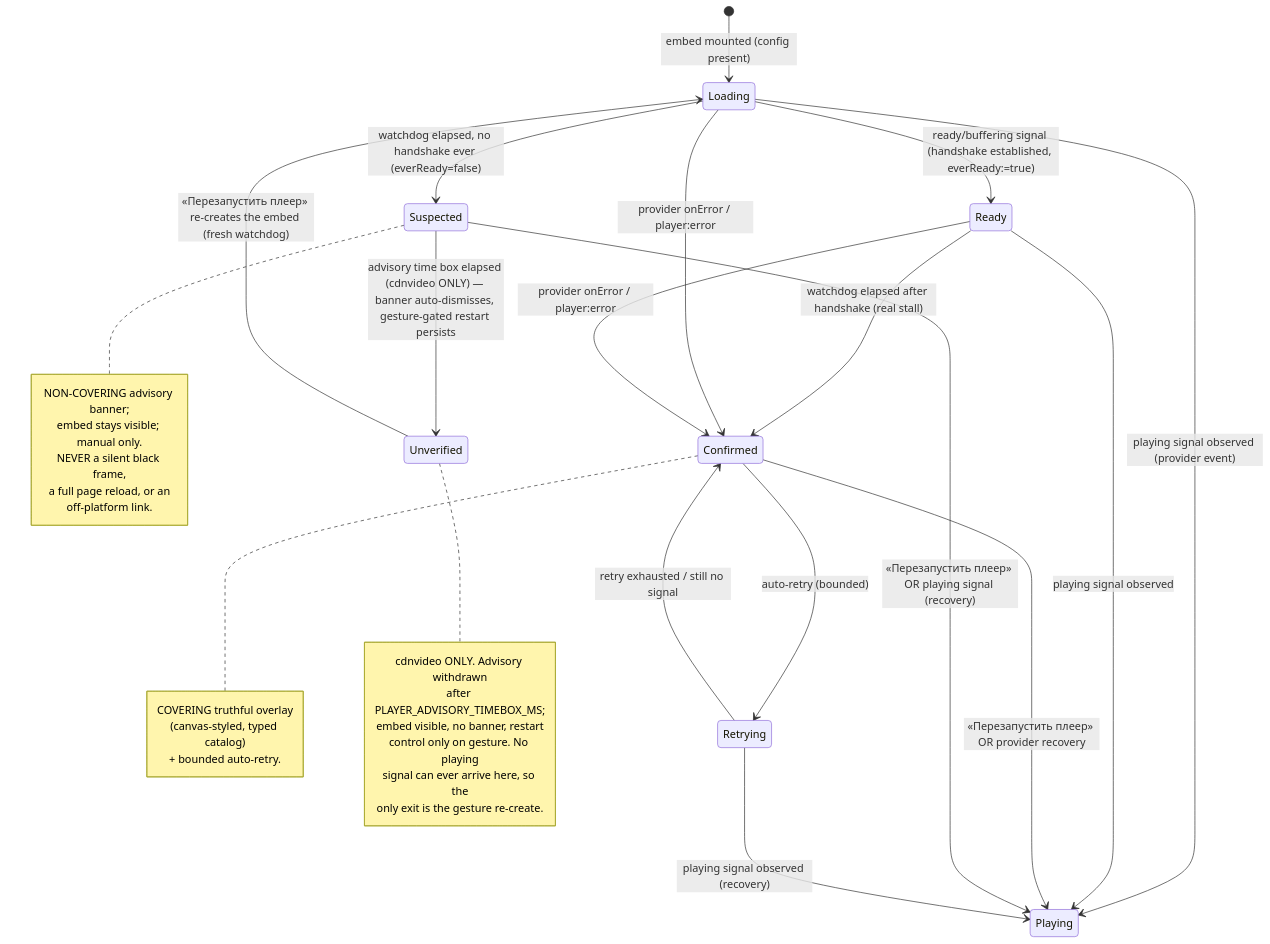
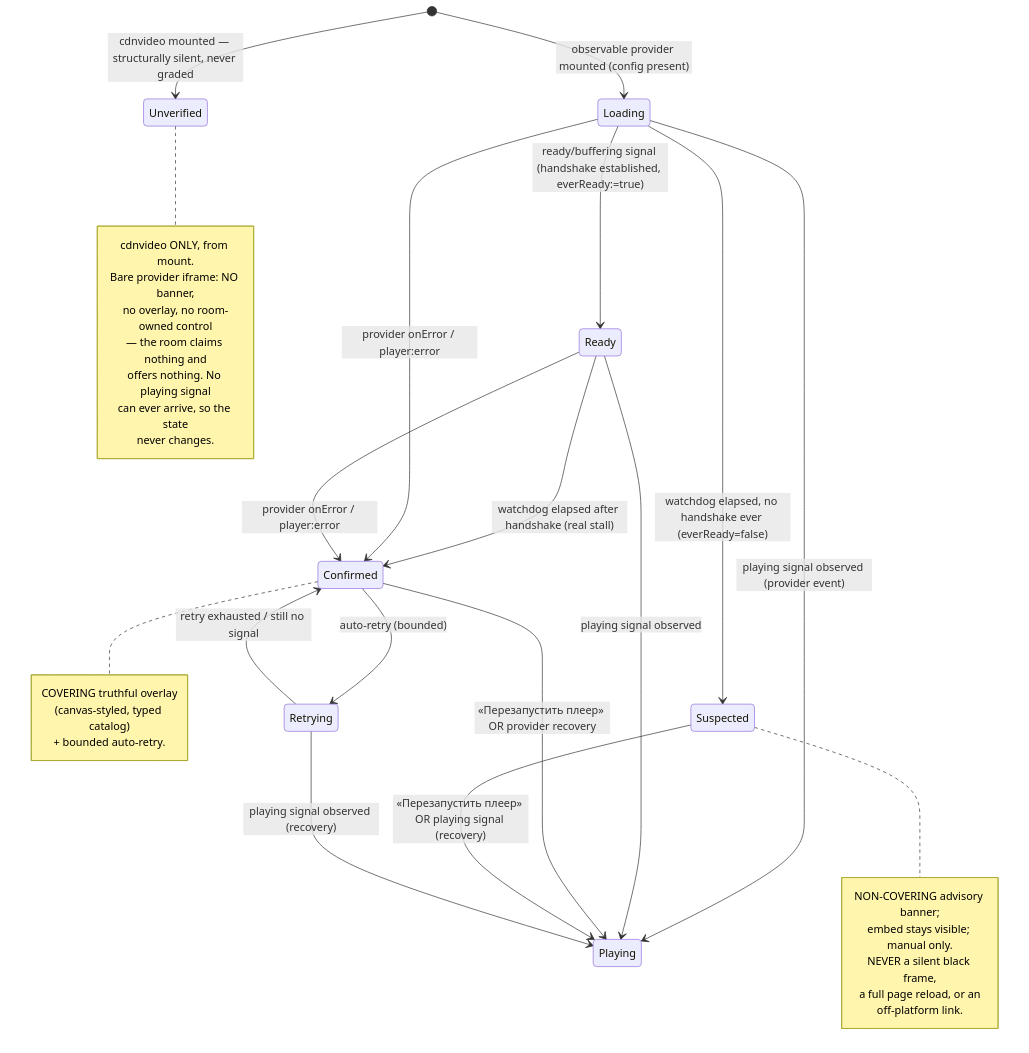
The fourth of 9 diagrams in apps/docs/content/specs/features/006-webinar-room/006-design.md (doctor-school/ds-platform), drawn with Mermaid before and after one commit. The commit also changed other lines of this file and 12 other files, not shown here.

First line of the commit message:
fix(1926): 006 EARS-18 — cdnvideo starts in unverified, no watchdog advisory for a silent provider (#1929)

````diff
--- a/apps/docs/content/specs/features/006-webinar-room/006-design.md
+++ b/apps/docs/content/specs/features/006-webinar-room/006-design.md
@@ -116,38 +118,39 @@
 ```mermaid
 stateDiagram-v2
-  [*] --> Loading: embed mounted (config present)
+  [*] --> Loading: observable provider mounted (config present)
+  [*] --> Unverified: cdnvideo mounted — structurally silent, never graded
   Loading --> Playing: playing signal observed (provider event)
   Loading --> Ready: ready/buffering signal (handshake established, everReady:=true)
   Ready --> Playing: playing signal observed
   Loading --> Suspected: watchdog elapsed, no handshake ever (everReady=false)
-  Suspected --> Unverified: advisory time box elapsed (cdnvideo ONLY) — banner auto-dismisses, gesture-gated restart persists
-  Unverified --> Loading: «Перезапустить плеер» re-creates the embed (fresh watchdog)
+
   Ready --> Confirmed: watchdog elapsed after handshake (real stall)
   Loading --> Confirmed: provider onError / player:error
   Ready --> Confirmed: provider onError / player:error
   Confirmed --> Retrying: auto-retry (bounded)
   Confirmed --> Playing: «Перезапустить плеер» OR provider recovery
   Suspected --> Playing: «Перезапустить плеер» OR playing signal (recovery)
   Retrying --> Playing: playing signal observed (recovery)
   Retrying --> Confirmed: retry exhausted / still no signal
   note right of Confirmed
     COVERING truthful overlay
     (canvas-styled, typed catalog)
     + bounded auto-retry.
   end note
   note right of Unverified
-    cdnvideo ONLY. Advisory withdrawn
-    after PLAYER_ADVISORY_TIMEBOX_MS;
-    embed visible, no banner, restart
-    control only on gesture. No playing
-    signal can ever arrive here, so the
-    only exit is the gesture re-create.
+    cdnvideo ONLY, from mount.
+    Bare provider iframe: NO banner,
+    no overlay, no room-owned control
+    — the room claims nothing and
+    offers nothing. No playing signal
+    can ever arrive, so the state
+    never changes.
   end note
   note right of Suspected
     NON-COVERING advisory banner;
     embed stays visible; manual only.
     NEVER a silent black frame,
     a full page reload, or an
     off-platform link.
   end note
 ```
````
